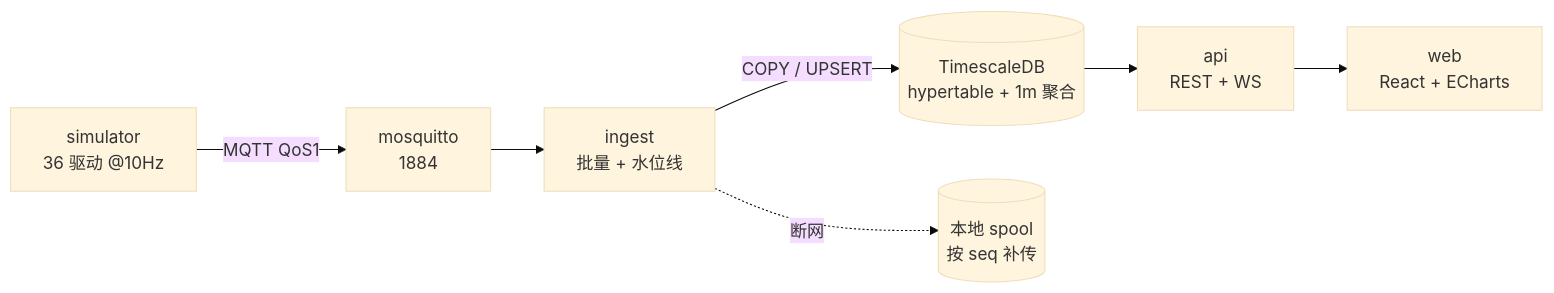
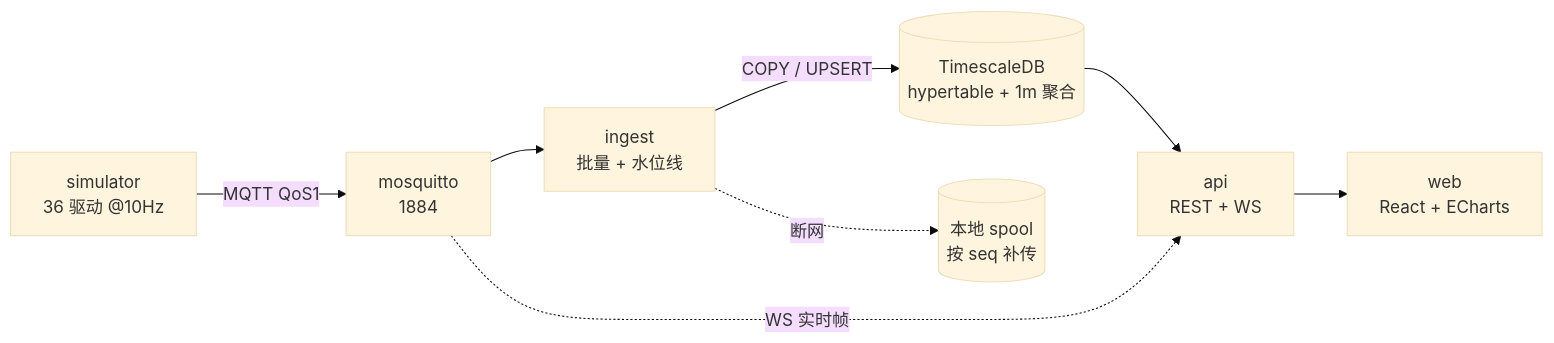
One commit to wujunyu/Interroll-poc changed the diagram in docs/00-架构.md. Above: the diagram before and after it, drawn with Mermaid (base theme). The commit also changed 7 other files, not shown here.

````diff
--- a/docs/00-架构.md
+++ b/docs/00-架构.md
@@ -5,9 +5,10 @@
 ```mermaid
 flowchart LR
   sim["simulator<br/>36 驱动 @10Hz"] -->|MQTT QoS1| broker["mosquitto<br/>1884"]
   broker --> ingest["ingest<br/>批量 + 水位线"]
   ingest -->|COPY / UPSERT| db[("TimescaleDB<br/>hypertable + 1m 聚合")]
   ingest -.断网.-> spool[("本地 spool<br/>按 seq 补传")]
   db --> api["api<br/>REST + WS"]
+  broker -.WS 实时帧.-> api
   api --> web["web<br/>React + ECharts"]
 ```
````
